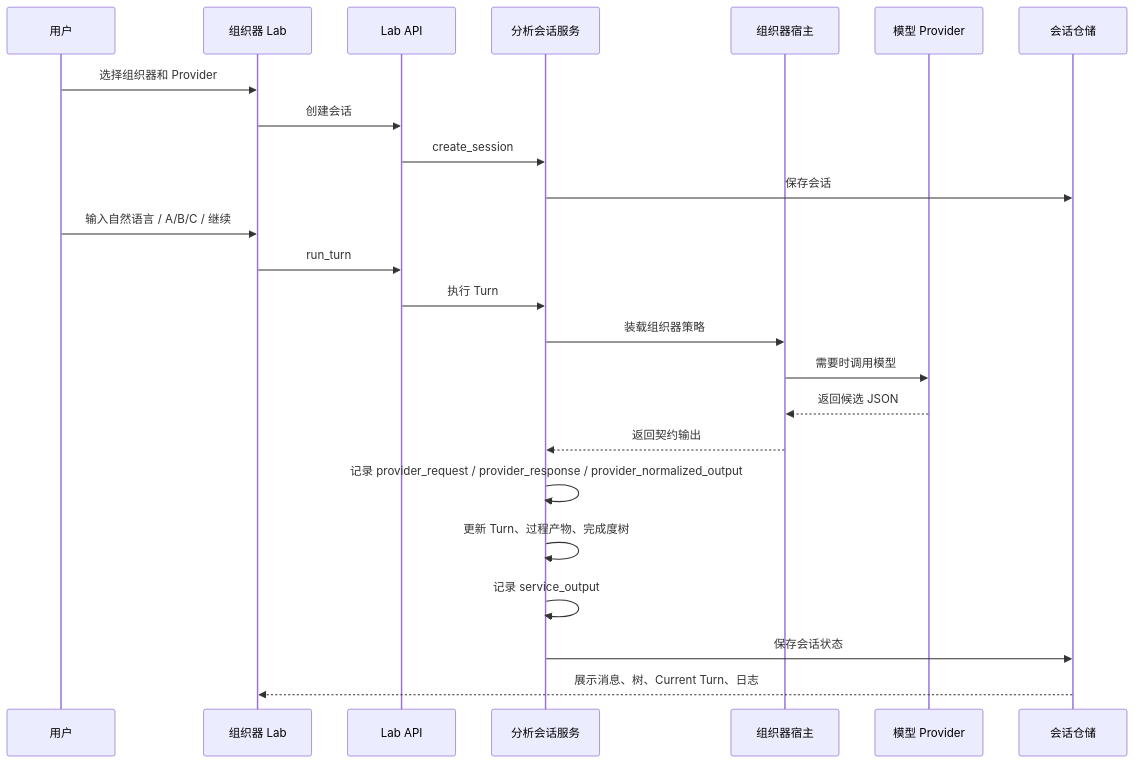
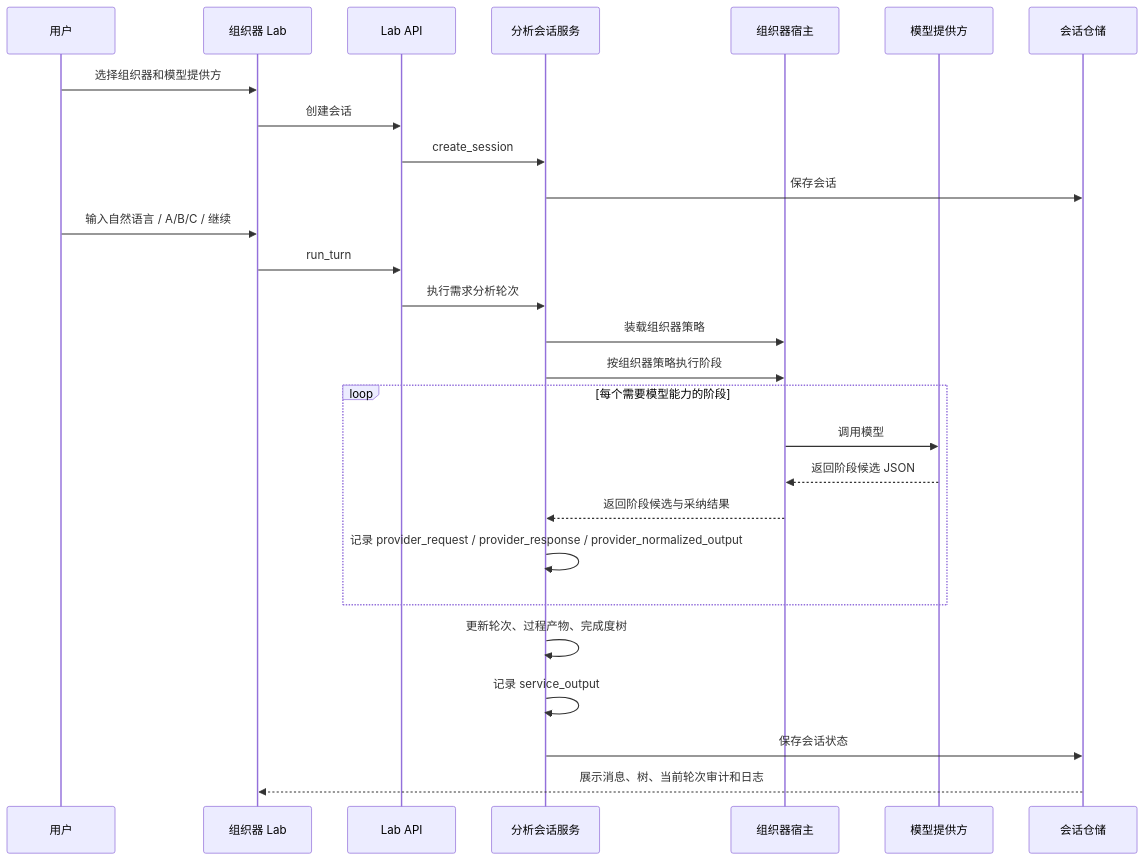
Diagram 18 of 18 in DOC/CODEX_DOC/02_设计说明/P2_需求分析系统/P2-需求分析系统设计.md (wgwtest/CodeFactoryV2), drawn with Mermaid before and after one commit. The commit also changed other lines of this file, not shown here.

````diff
--- a/DOC/CODEX_DOC/02_设计说明/P2_需求分析系统/P2-需求分析系统设计.md
+++ b/DOC/CODEX_DOC/02_设计说明/P2_需求分析系统/P2-需求分析系统设计.md
@@ -1561,27 +2455,30 @@
 ```mermaid
 sequenceDiagram
   participant User as 用户
   participant Lab as 组织器 Lab
   participant API as Lab API
   participant Session as 分析会话服务
   participant Host as 组织器宿主
-  participant Provider as 模型 Provider
+  participant Provider as 模型提供方
   participant Store as 会话仓储
 
-  User->>Lab: 选择组织器和 Provider
+  User->>Lab: 选择组织器和模型提供方
   Lab->>API: 创建会话
   API->>Session: create_session
   Session->>Store: 保存会话
   User->>Lab: 输入自然语言 / A/B/C / 继续
   Lab->>API: run_turn
-  API->>Session: 执行 Turn
+  API->>Session: 执行需求分析轮次
   Session->>Host: 装载组织器策略
-  Host->>Provider: 需要时调用模型
-  Provider-->>Host: 返回候选 JSON
-  Host-->>Session: 返回契约输出
-  Session->>Session: 记录 provider_request / provider_response / provider_normalized_output
-  Session->>Session: 更新 Turn、过程产物、完成度树
+  Session->>Host: 按组织器策略执行阶段
+  loop 每个需要模型能力的阶段
+    Host->>Provider: 调用模型
+    Provider-->>Host: 返回阶段候选 JSON
+    Host-->>Session: 返回阶段候选与采纳结果
+    Session->>Session: 记录 provider_request / provider_response / provider_normalized_output
+  end
+  Session->>Session: 更新轮次、过程产物、完成度树
   Session->>Session: 记录 service_output
   Session->>Store: 保存会话状态
-  Store-->>Lab: 展示消息、树、Current Turn、日志
+  Store-->>Lab: 展示消息、树、当前轮次审计和日志
 ```
````
